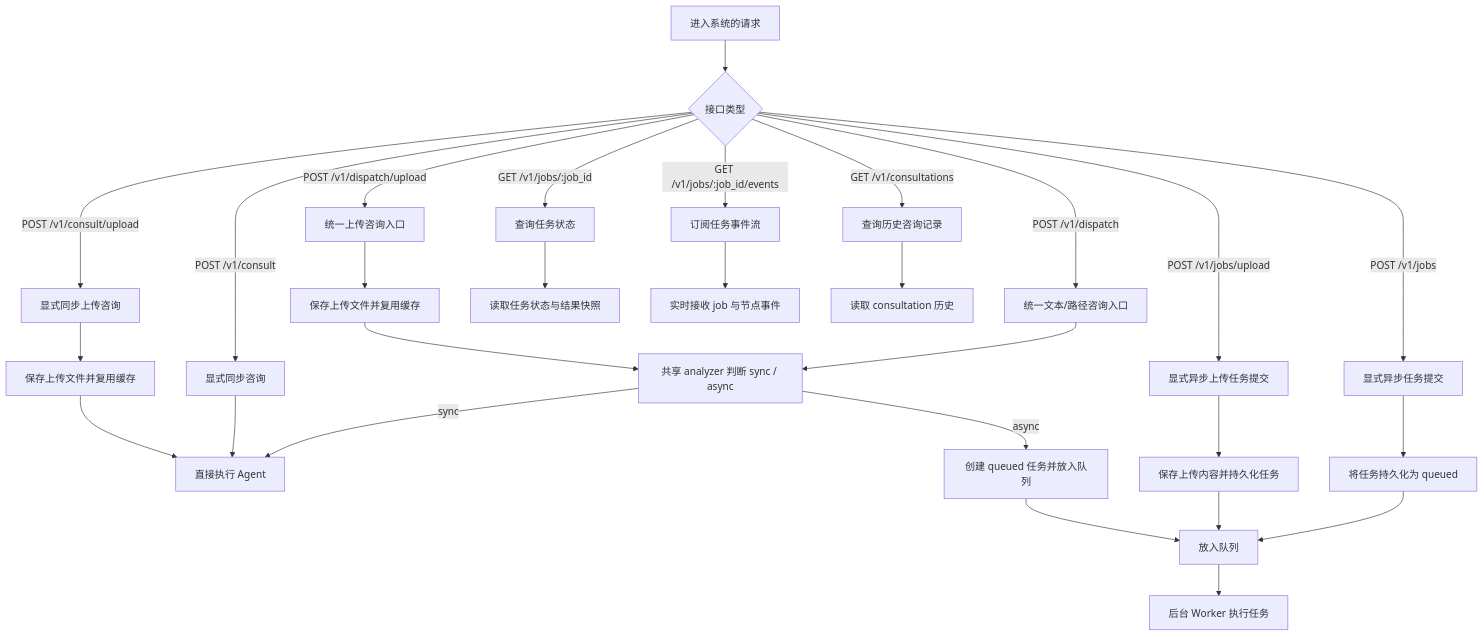
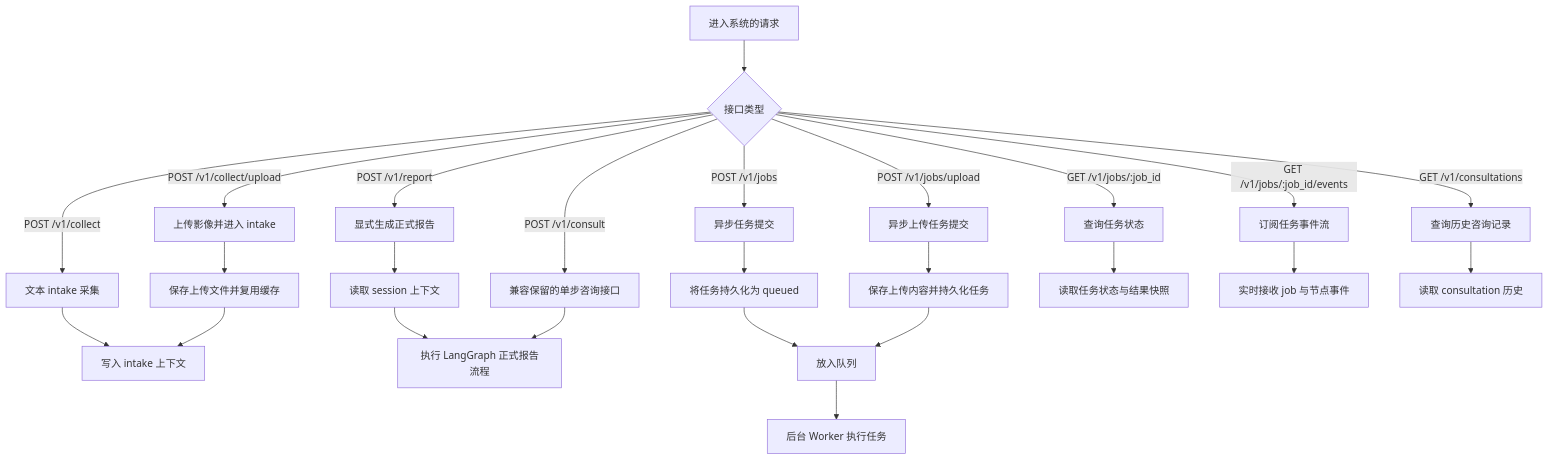
The second of 8 diagrams in docs/backend_architecture.md (jiliguluhua/liver_rag), drawn with Mermaid before and after one commit. The commit also changed other lines of this file, not shown here.

````diff
--- a/docs/backend_architecture.md
+++ b/docs/backend_architecture.md
@@ -30,35 +32,32 @@
 ```mermaid
 flowchart TD
     A[进入系统的请求] --> B{接口类型}
-    B -->|POST /v1/dispatch| C[统一文本/路径咨询入口]
-    B -->|POST /v1/dispatch/upload| D[统一上传咨询入口]
-    B -->|POST /v1/consult| E[显式同步咨询]
-    B -->|POST /v1/consult/upload| F[显式同步上传咨询]
-    B -->|POST /v1/jobs| G[显式异步任务提交]
-    B -->|POST /v1/jobs/upload| H[显式异步上传任务提交]
+
+    B -->|POST /v1/collect| C[文本 intake 采集]
+    B -->|POST /v1/collect/upload| D[上传影像并进入 intake]
+    B -->|POST /v1/report| E[显式生成正式报告]
+    B -->|POST /v1/consult| F[兼容保留的单步咨询接口]
+    B -->|POST /v1/jobs| G[异步任务提交]
+    B -->|POST /v1/jobs/upload| H[异步上传任务提交]
     B -->|GET /v1/jobs/:job_id| I[查询任务状态]
     B -->|GET /v1/jobs/:job_id/events| J[订阅任务事件流]
     B -->|GET /v1/consultations| K[查询历史咨询记录]
 
-    C --> L[共享 analyzer 判断 sync / async]
+    C --> L[写入 intake 上下文]
     D --> M[保存上传文件并复用缓存]
     M --> L
-    L -->|sync| N[直接执行 Agent]
-    L -->|async| O[创建 queued 任务并放入队列]
 
-    E --> N
-    F --> P[保存上传文件并复用缓存]
-    P --> N
+    E --> N[读取 session 上下文]
+    N --> O[执行 LangGraph 正式报告流程]
 
-    G --> Q[将任务持久化为 queued]
-    H --> R[保存上传内容并持久化任务]
-    Q --> S[放入队列]
-    R --> S
-    O --> S
-    S --> T[后台 Worker 执行任务]
+    F --> O
+    G --> P[将任务持久化为 queued]
+    H --> Q[保存上传内容并持久化任务]
+    P --> R[放入队列]
+    Q --> R
+    R --> S[后台 Worker 执行任务]
 
-    I --> U[读取任务状态与结果快照]
-    J --> V[实时接收 job 与节点事件]
-    K --> W[读取 consultation 历史]
-
+    I --> T[读取任务状态与结果快照]
+    J --> U[实时接收 job 与节点事件]
+    K --> V[读取 consultation 历史]
 ```
````
